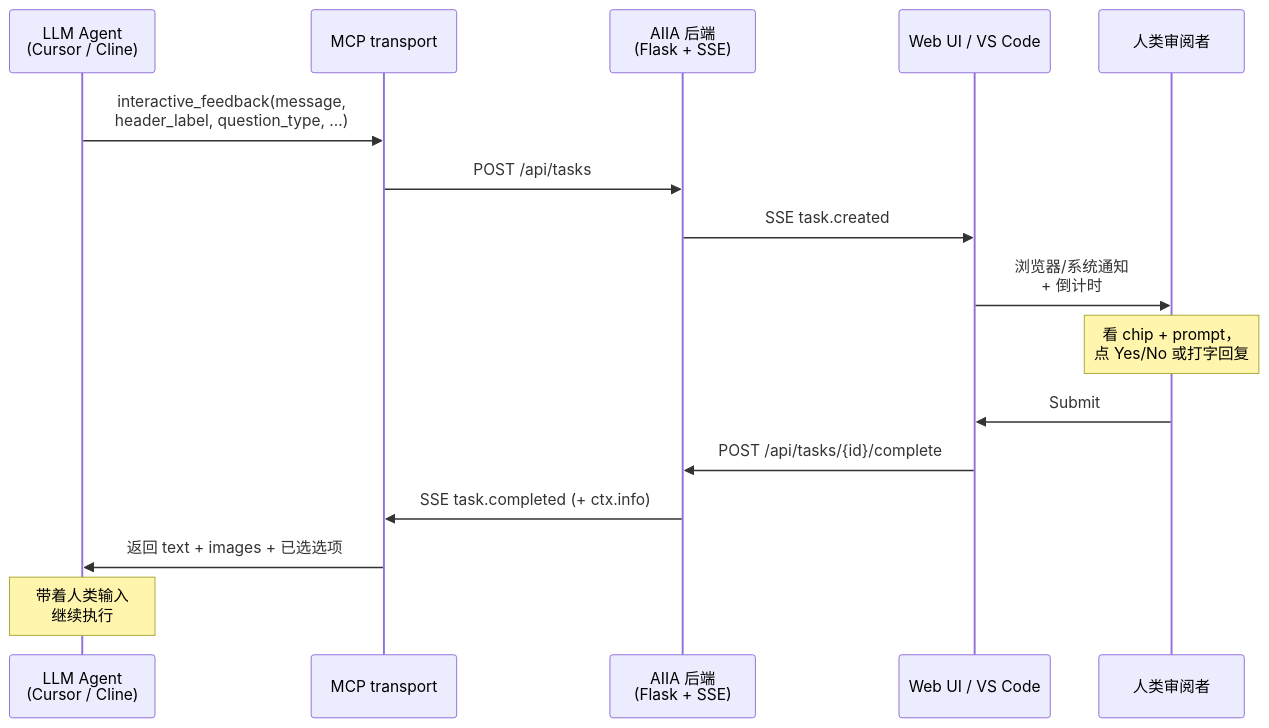
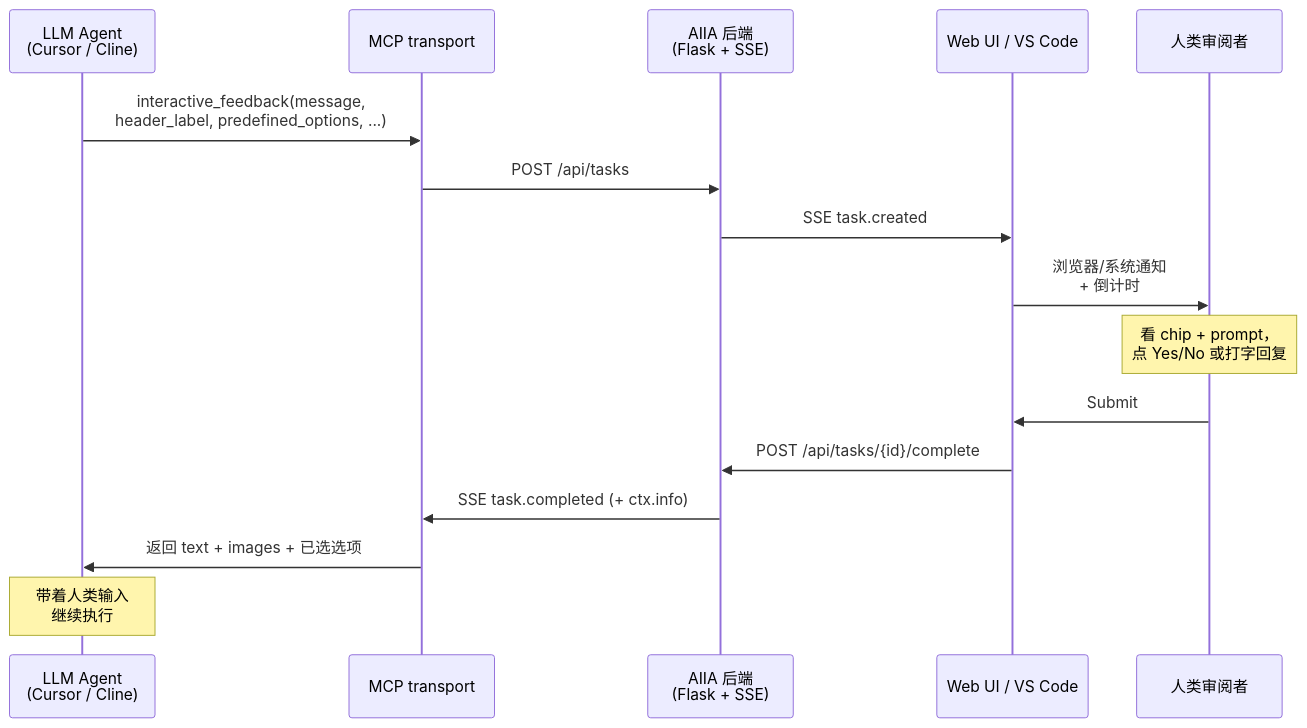
One commit to XIADENGMA/ai-intervention-agent changed the second of 3 diagrams in docs/architecture.zh-CN.md. Above: the diagram before and after it, drawn with Mermaid. The commit also changed other lines of this file and 74 other files, not shown here.

````diff
--- a/docs/architecture.zh-CN.md
+++ b/docs/architecture.zh-CN.md
@@ -74,19 +74,19 @@
 ```mermaid
 sequenceDiagram
     participant Agent as LLM Agent<br/>(Cursor / Cline)
     participant MCP as MCP transport
     participant AIIA as AIIA 后端<br/>(Flask + SSE)
     participant UI as Web UI / VS Code
     participant Human as 人类审阅者
 
-    Agent->>MCP: interactive_feedback(message,<br/>header_label, question_type, ...)
+    Agent->>MCP: interactive_feedback(message,<br/>header_label, predefined_options, ...)
     MCP->>AIIA: POST /api/tasks
     AIIA->>UI: SSE task.created
     UI->>Human: 浏览器/系统通知<br/>+ 倒计时
     Note over Human: 看 chip + prompt，<br/>点 Yes/No 或打字回复
     Human->>UI: Submit
     UI->>AIIA: POST /api/tasks/{id}/complete
     AIIA->>MCP: SSE task.completed (+ ctx.info)
     MCP->>Agent: 返回 text + images + 已选选项
     Note over Agent: 带着人类输入<br/>继续执行
 ```
````
